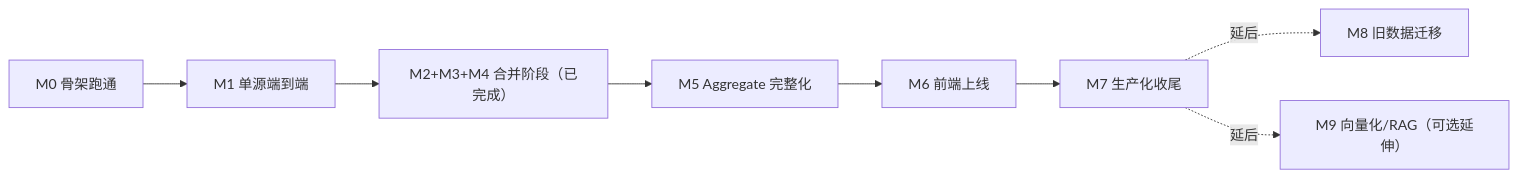
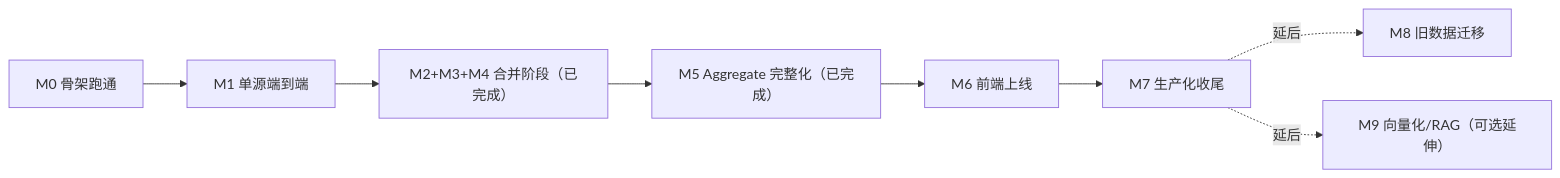
Before and after one commit to SkyJourney/ainews-project: the diagram in docs/milestones/README.md, drawn with Mermaid. The commit also changed other lines of this file and 14 other files, not shown here.

````diff
--- a/docs/milestones/README.md
+++ b/docs/milestones/README.md
@@ -7,10 +7,10 @@
 ```mermaid
 flowchart LR
     M0[M0 骨架跑通] --> M1[M1 单源端到端]
     M1 --> M234["M2+M3+M4 合并阶段（已完成）"]
-    M234 --> M5[M5 Aggregate 完整化]
+    M234 --> M5["M5 Aggregate 完整化（已完成）"]
     M5 --> M6[M6 前端上线]
     M6 --> M7[M7 生产化收尾]
     M7 -.延后.-> M8[M8 旧数据迁移]
     M7 -.延后.-> M9["M9 向量化/RAG（可选延伸）"]
 ```
````
